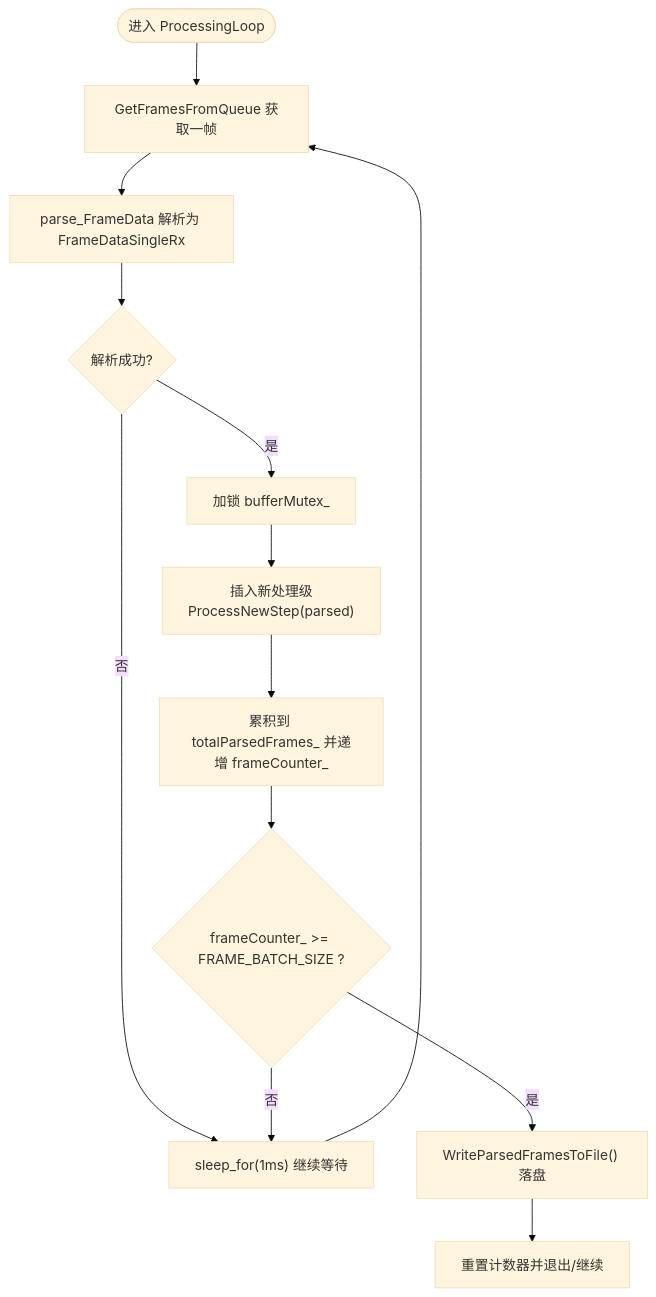
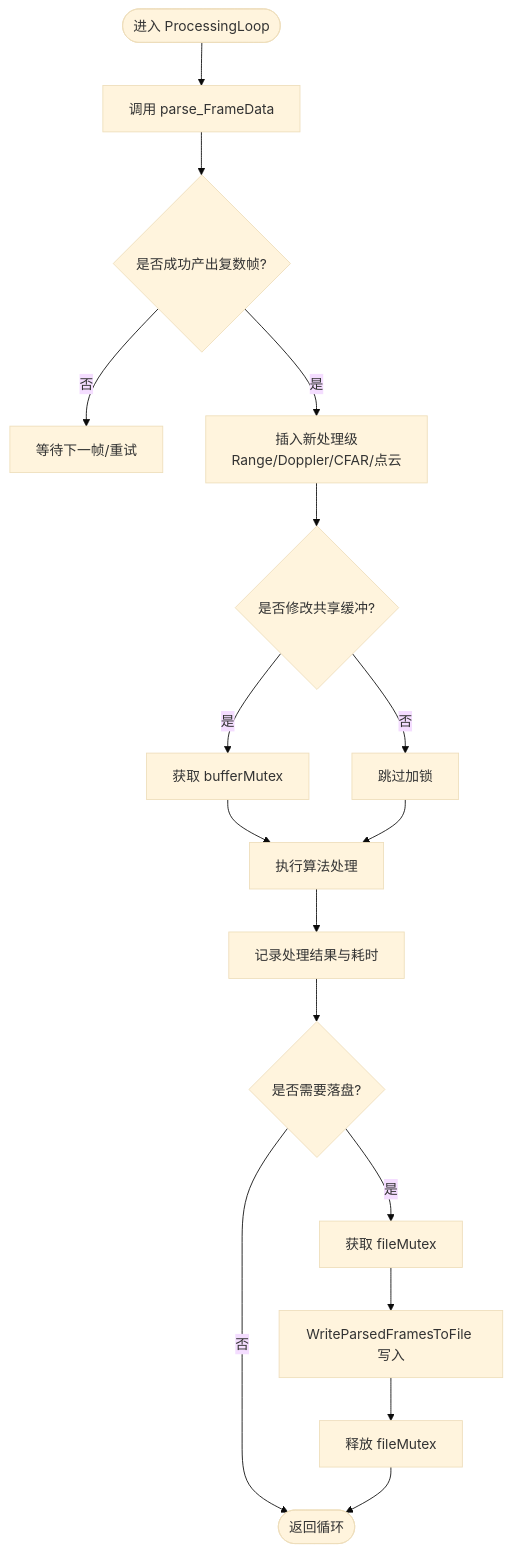
The third of 5 diagrams in .qoder/repowiki/zh/content/数据处理流程扩展开发指南.md (Lukad77/awr1843-radar-toolkit), drawn with Mermaid (base theme) before and after one commit. The commit also changed other lines of this file and 106 other files, not shown here.

````diff
--- a/.qoder/repowiki/zh/content/数据处理流程扩展开发指南.md
+++ b/.qoder/repowiki/zh/content/数据处理流程扩展开发指南.md
@@ -152,15 +126,19 @@
 ```mermaid
 flowchart TD
-Start(["进入 ProcessingLoop"]) --> GetFrame["GetFramesFromQueue 获取一帧"]
-GetFrame --> Parse["parse_FrameData 解析为 FrameDataSingleRx"]
-Parse --> Ok{"解析成功?"}
-Ok -- 否 --> Sleep["sleep_for(1ms) 继续等待"]
-Ok -- 是 --> LockBuf["加锁 bufferMutex_"]
-LockBuf --> NewStep["插入新处理级<br/>ProcessNewStep(parsed)"]
-NewStep --> Accumulate["累积到 totalParsedFrames_ 并递增 frameCounter_"]
-Accumulate --> CheckBatch{"frameCounter_ >= FRAME_BATCH_SIZE ?"}
-CheckBatch -- 否 --> Sleep
-CheckBatch -- 是 --> Write["WriteParsedFramesToFile() 落盘"]
-Write --> Reset["重置计数器并退出/继续"]
-Sleep --> GetFrame
+Start(["进入 ProcessingLoop"]) --> Parse["调用 parse_FrameData"]
+Parse --> Ok{"是否成功产出复数帧?"}
+Ok --> |否| Wait["等待下一帧/重试"]
+Ok --> |是| Insert["插入新处理级<br/>Range/Doppler/CFAR/点云"]
+Insert --> LockBuf{"是否修改共享缓冲?"}
+LockBuf --> |是| LockB["获取 bufferMutex"]
+LockBuf --> |否| NoLockB["跳过加锁"]
+LockB --> Proc["执行算法处理"]
+NoLockB --> Proc
+Proc --> Log["记录处理结果与耗时"]
+Log --> FileOut{"是否需要落盘?"}
+FileOut --> |是| LockF["获取 fileMutex"]
+FileOut --> |否| End(["返回循环"])
+LockF --> Write["WriteParsedFramesToFile 写入"]
+Write --> Release["释放 fileMutex"]
+Release --> End
 ```
````
